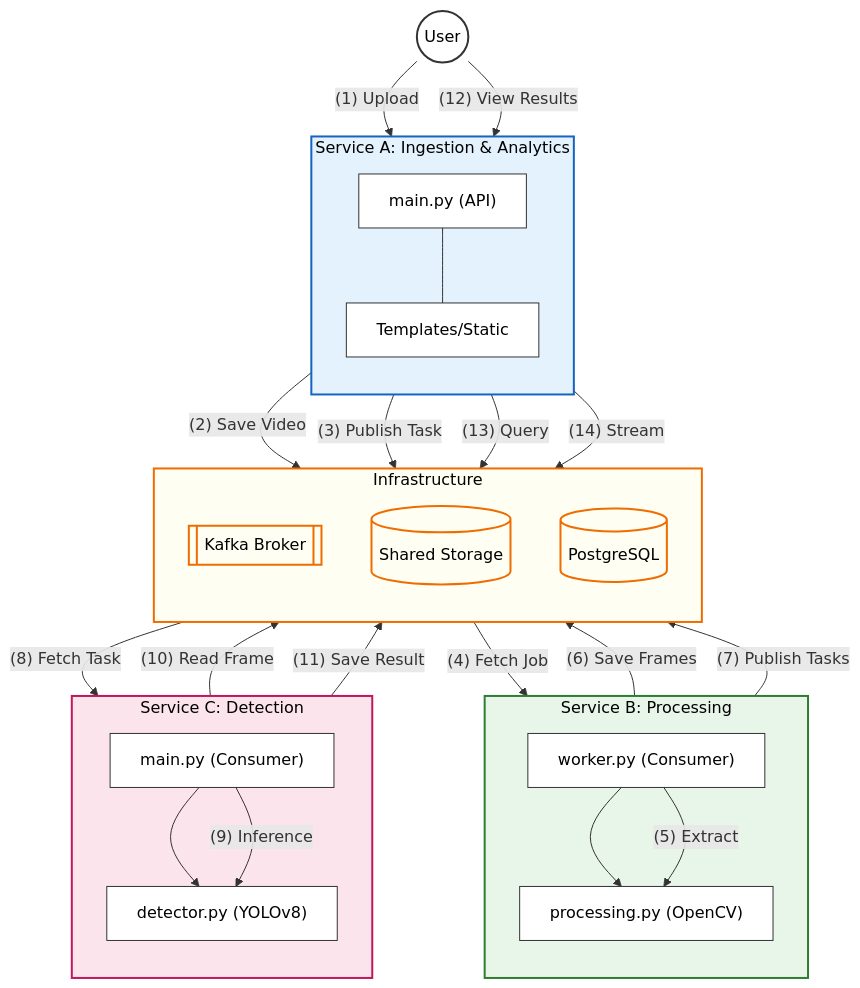
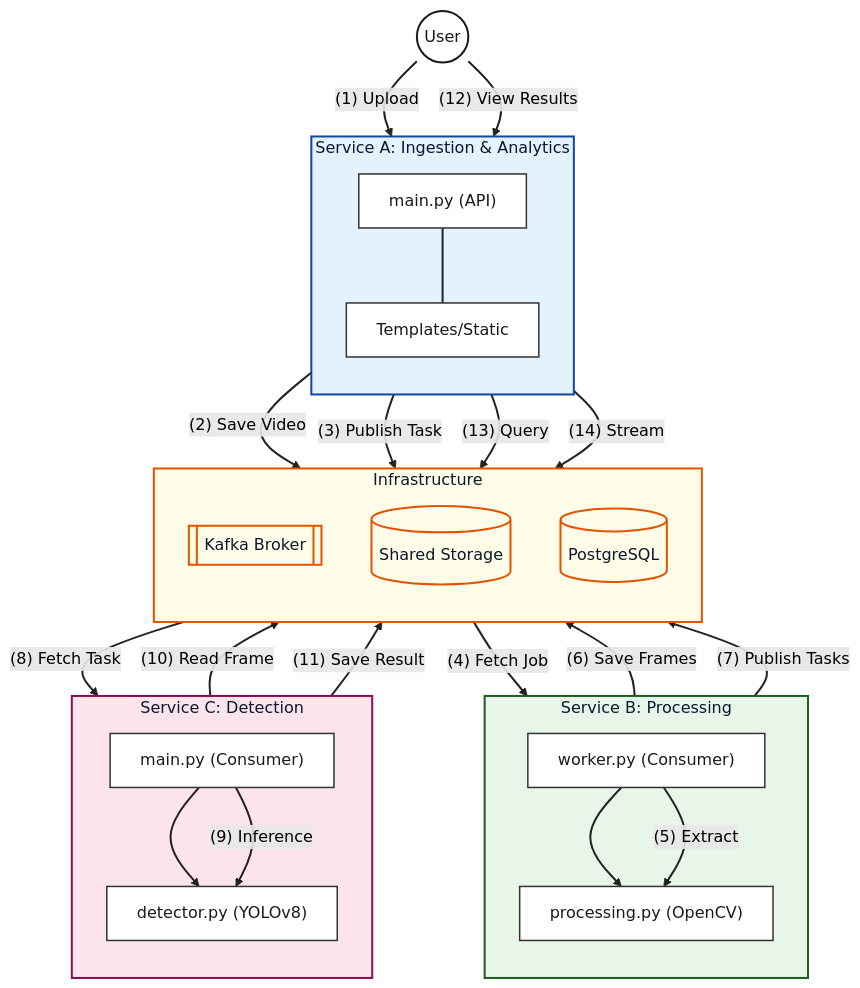
The diagram in ARCHITECTURE.md (NoamB/video-object-detector), drawn with Mermaid before and after one commit.

Commit message:
Improved documentation diagram colors

````diff
--- a/ARCHITECTURE.md
+++ b/ARCHITECTURE.md
@@ -14,64 +14,67 @@
 ```mermaid
 flowchart TD
-    %% Global Styles
-    classDef container fill:#f9f9f9,stroke:#333,stroke-width:2px,stroke-dasharray: 5 5,color:#333
-    classDef ingestion fill:#e3f2fd,stroke:#1565c0,stroke-width:2px,color:#000
-    classDef processing fill:#e8f5e9,stroke:#2e7d32,stroke-width:2px,color:#000
-    classDef detection fill:#fce4ec,stroke:#c2185b,stroke-width:2px,color:#000
-    classDef infra fill:#fffef3,stroke:#ef6c00,stroke-width:2px,color:#000
-    classDef module fill:#ffffff,stroke:#333,stroke-width:1px,color:#000
-    classDef user fill:#ffffff,stroke:#333,stroke-width:2px,color:#000
+    %% Global Styles and Colors (High Contrast)
+    classDef container fill:#fcfcfc,stroke:#1a1a1a,stroke-width:2px,stroke-dasharray: 5 5,color:#1a1a1a
+    classDef ingestion fill:#e3f2fd,stroke:#0d47a1,stroke-width:2px,color:#0a192f
+    classDef processing fill:#e8f5e9,stroke:#1b5e20,stroke-width:2px,color:#0a192f
+    classDef detection fill:#fce4ec,stroke:#880e4f,stroke-width:2px,color:#0a192f
+    classDef infra fill:#fffde7,stroke:#e65100,stroke-width:2px,color:#0a192f
+    classDef module fill:#ffffff,stroke:#333333,stroke-width:1.5px,color:#1a1a1a
+    classDef user fill:#ffffff,stroke:#1a1a1a,stroke-width:2px,color:#1a1a1a
 
     U((User)):::user
 
     subgraph ContainerA [Service A: Ingestion & Analytics]
         direction TB
         A1["main.py (API)"]:::module
         A2["Templates/Static"]:::module
         A1 --- A2
     end
     class ContainerA ingestion
 
     subgraph ContainerB [Service B: Processing]
         direction TB
         B1["worker.py (Consumer)"]:::module
         B2["processing.py (OpenCV)"]:::module
         B1 --> B2
     end
     class ContainerB processing
 
     subgraph ContainerC [Service C: Detection]
         direction TB
         C1["main.py (Consumer)"]:::module
         C2["detector.py (YOLOv8)"]:::module
         C1 --> C2
     end
     class ContainerC detection
 
     subgraph ContainerI [Infrastructure]
         direction TB
         K[[Kafka Broker]]:::infra
         S[(Shared Storage)]:::infra
         D[(PostgreSQL)]:::infra
     end
     class ContainerI infra
 
     %% Data Flow
     U -- "(1) Upload" --> A1
     A1 -- "(2) Save Video" --> S
     A1 -- "(3) Publish Task" --> K
 
     K -- "(4) Fetch Job" --> B1
     B1 -- "(5) Extract" --> B2
     B2 -- "(6) Save Frames" --> S
     B2 -- "(7) Publish Tasks" --> K
 
     K -- "(8) Fetch Task" --> C1
     C1 -- "(9) Inference" --> C2
     C2 -- "(10) Read Frame" --> S
     C1 -- "(11) Save Result" --> D
 
     U -- "(12) View Results" --> A1
     A1 -- "(13) Query" --> D
     A1 -- "(14) Stream" --> S
+
+    %% Darker and thicker arrows for better visibility
+    linkStyle default stroke:#222,stroke-width:2px,color:#000
 ```
````
